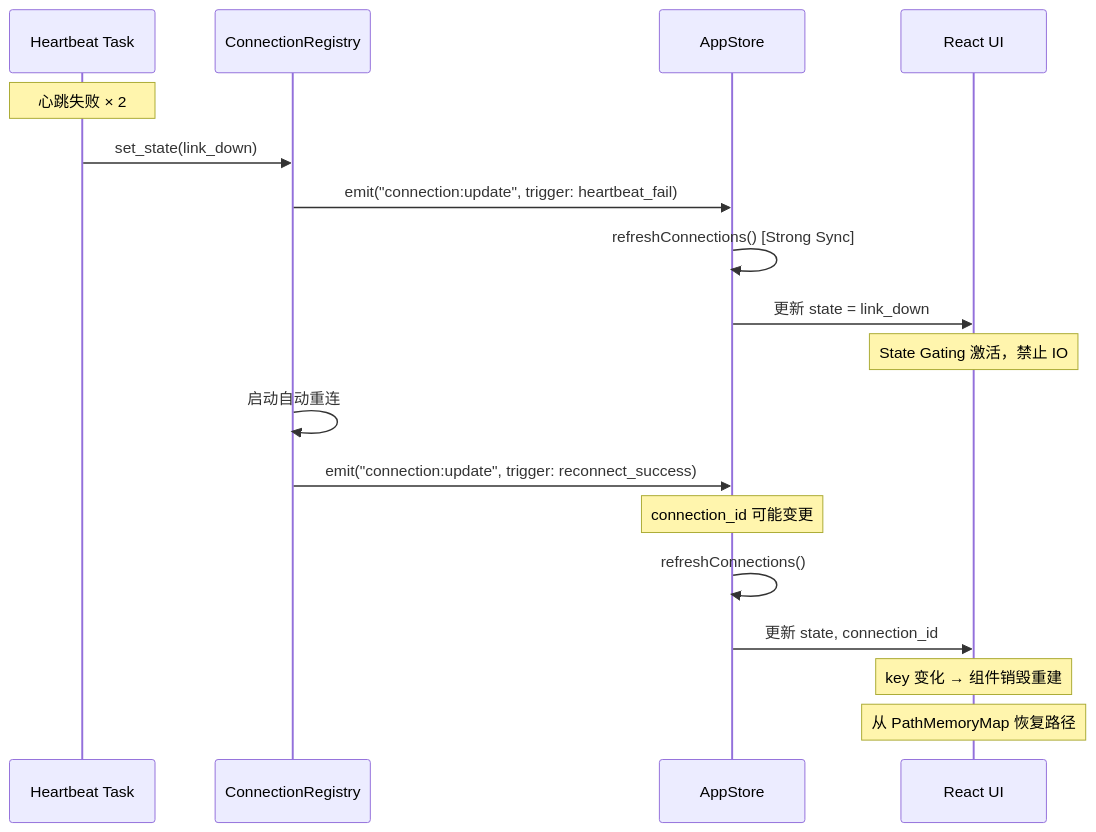
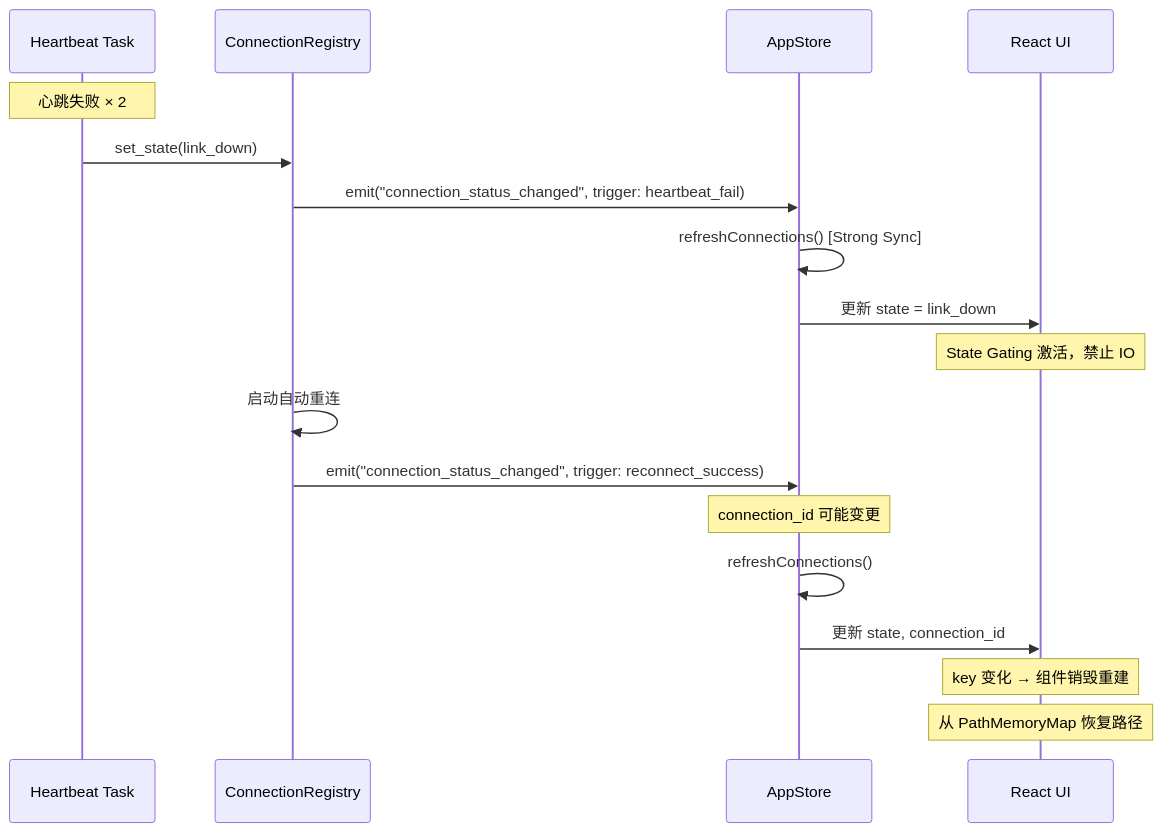
One commit to AnalyseDeCircuit/oxideterm changed the second of 3 diagrams in docs/PROTOCOL.md. Above: the diagram before and after it, drawn with Mermaid. The commit also changed other lines of this file and 21 other files, not shown here.

````diff
--- a/docs/PROTOCOL.md
+++ b/docs/PROTOCOL.md
@@ -962,22 +967,22 @@
 ```mermaid
 sequenceDiagram
     participant HB as Heartbeat Task
     participant Reg as ConnectionRegistry
     participant App as AppStore
     participant UI as React UI
 
     Note over HB: 心跳失败 × 2
     HB->>Reg: set_state(link_down)
-    Reg->>App: emit("connection:update", trigger: heartbeat_fail)
+    Reg->>App: emit("connection_status_changed", trigger: heartbeat_fail)
     App->>App: refreshConnections() [Strong Sync]
     App->>UI: 更新 state = link_down
     Note over UI: State Gating 激活，禁止 IO
 
     Reg->>Reg: 启动自动重连
-    Reg->>App: emit("connection:update", trigger: reconnect_success)
+    Reg->>App: emit("connection_status_changed", trigger: reconnect_success)
     Note over App: connection_id 可能变更
     App->>App: refreshConnections()
     App->>UI: 更新 state, connection_id
     Note over UI: key 变化 → 组件销毁重建
     Note over UI: 从 PathMemoryMap 恢复路径
 ```
````
